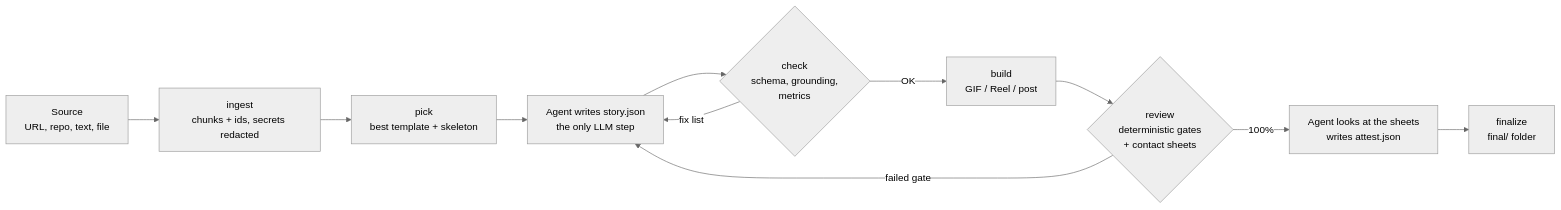
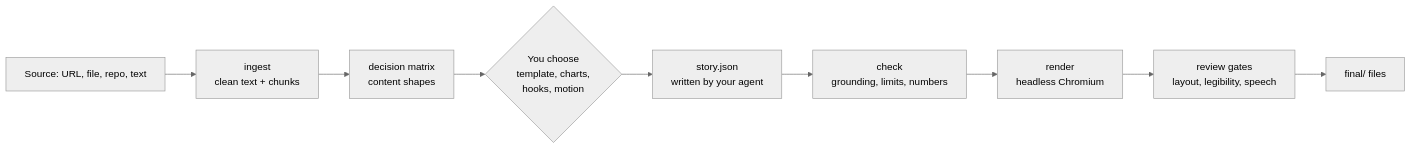
One commit to sarveshtalele/content-creation changed the diagram in README.md. Above: the diagram before and after it, drawn with Mermaid (neutral theme). The commit also changed other lines of this file and 134 other files, not shown here.

First line of the commit message:
explainer-studio 3.0.0: decision matrix, 21 chart slides, walkthrough videos, per-media studio

````diff
--- a/README.md
+++ b/README.md
@@ -199,13 +53,11 @@
 ```mermaid
 flowchart LR
-  S[Source<br/>URL, repo, text, file] --> I[ingest<br/>chunks + ids, secrets redacted]
-  I --> P[pick<br/>best template + skeleton]
-  P --> A[Agent writes story.json<br/>the only LLM step]
-  A --> C{check<br/>schema, grounding,<br/>metrics}
-  C -- fix list --> A
-  C -- OK --> B[build<br/>GIF / Reel / post]
-  B --> R{review<br/>deterministic gates<br/>+ contact sheets}
-  R -- failed gate --> A
-  R -- 100% --> V[Agent looks at the sheets<br/>writes attest.json]
-  V --> F[finalize<br/>final/ folder]
+  A[Source: URL, file, repo, text] --> B[ingest<br/>clean text + chunks]
+  B --> C[decision matrix<br/>content shapes]
+  C --> D{You choose<br/>template, charts,<br/>hooks, motion}
+  D --> E[story.json<br/>written by your agent]
+  E --> F[check<br/>grounding, limits, numbers]
+  F --> G[render<br/>headless Chromium]
+  G --> H[review gates<br/>layout, legibility, speech]
+  H --> I[final/ files]
 ```
````
